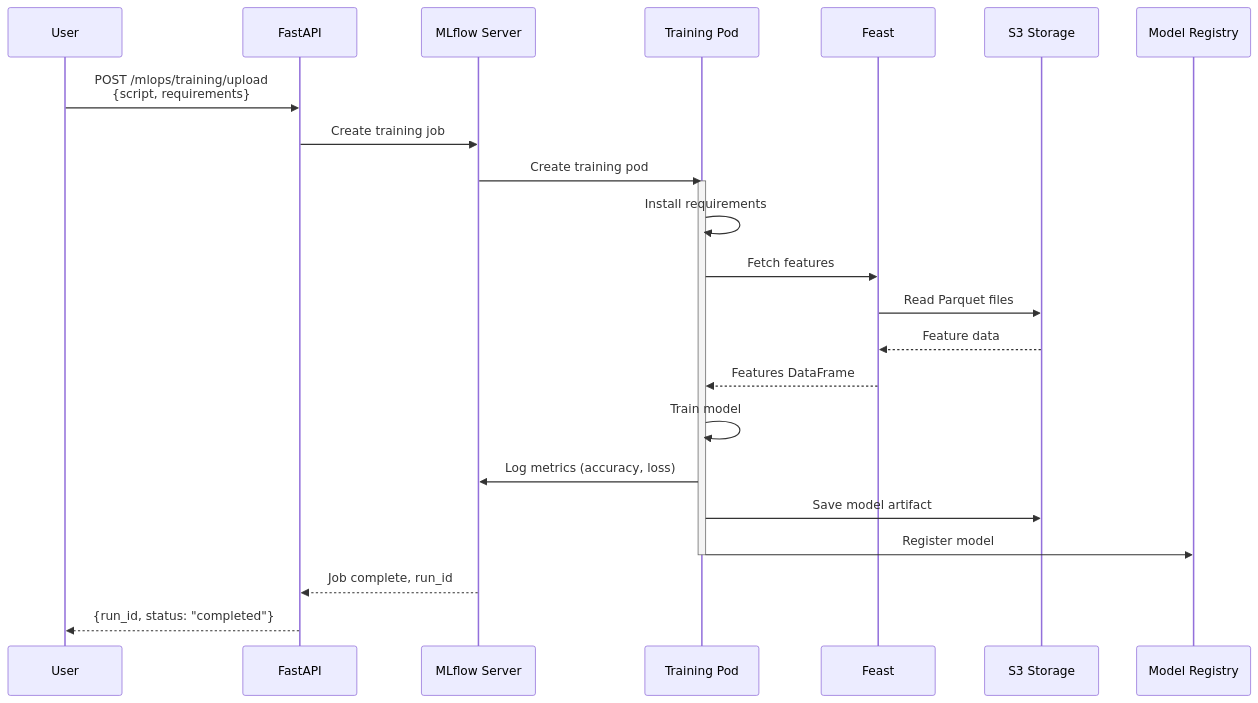
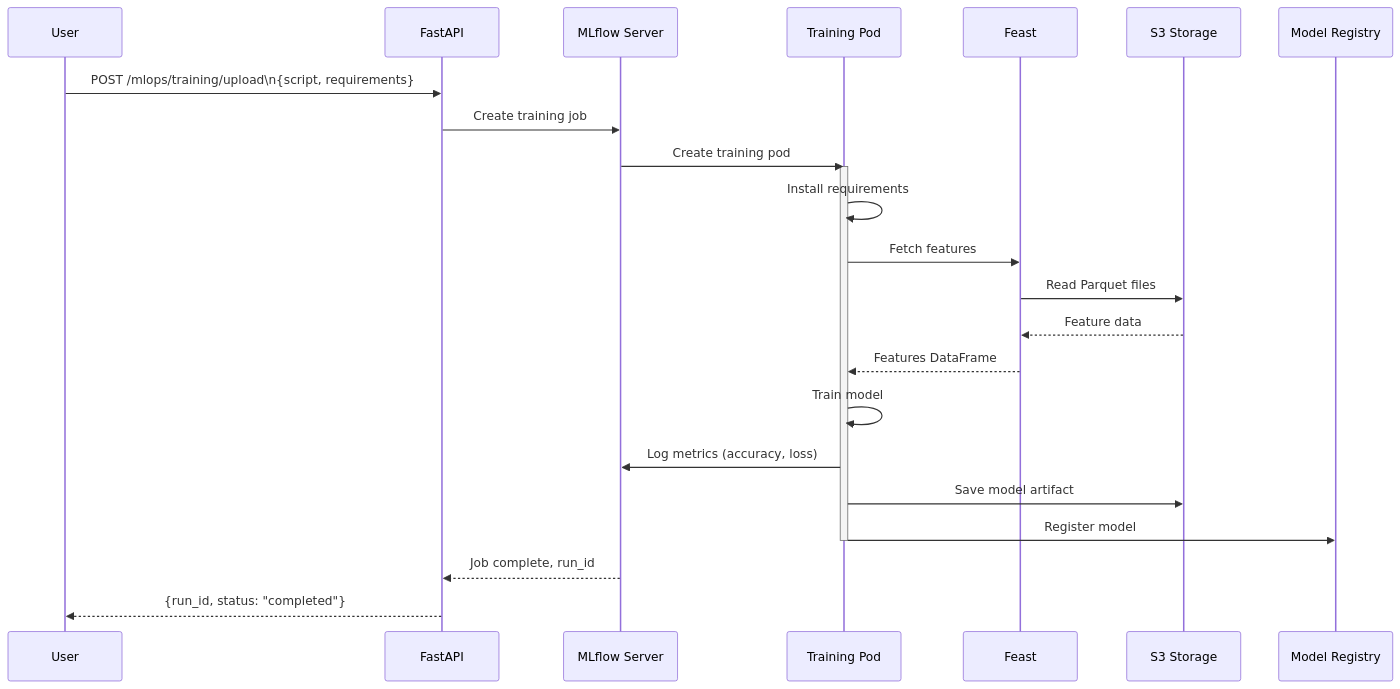
The seventh of 13 diagrams in docs/COMPLETE_ARCHITECTURE.md (snowcell-cloud/asgard), drawn with Mermaid before and after one commit. The commit also changed other lines of this file, not shown here.

Commit message:
fix: Update architecture diagrams for improved clarity and consistency

````diff
--- a/docs/COMPLETE_ARCHITECTURE.md
+++ b/docs/COMPLETE_ARCHITECTURE.md
@@ -958,30 +981,30 @@
 ```mermaid
 sequenceDiagram
     participant User
     participant API as FastAPI
     participant MLflow as MLflow Server
     participant Pod as Training Pod
     participant Feast as Feast
     participant S3 as S3 Storage
     participant Registry as Model Registry
 
-    User->>API: POST /mlops/training/upload<br/>{script, requirements}
+    User->>API: POST /mlops/training/upload\n{script, requirements}
     API->>MLflow: Create training job
     MLflow->>Pod: Create training pod
 
     activate Pod
     Pod->>Pod: Install requirements
     Pod->>Feast: Fetch features
     Feast->>S3: Read Parquet files
     S3-->>Feast: Feature data
     Feast-->>Pod: Features DataFrame
 
     Pod->>Pod: Train model
     Pod->>MLflow: Log metrics (accuracy, loss)
     Pod->>S3: Save model artifact
     Pod->>Registry: Register model
     deactivate Pod
 
     MLflow-->>API: Job complete, run_id
     API-->>User: {run_id, status: "completed"}
 ```
````
